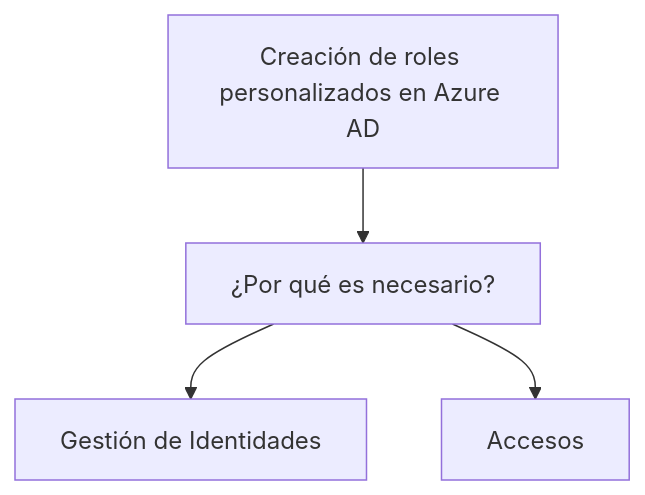
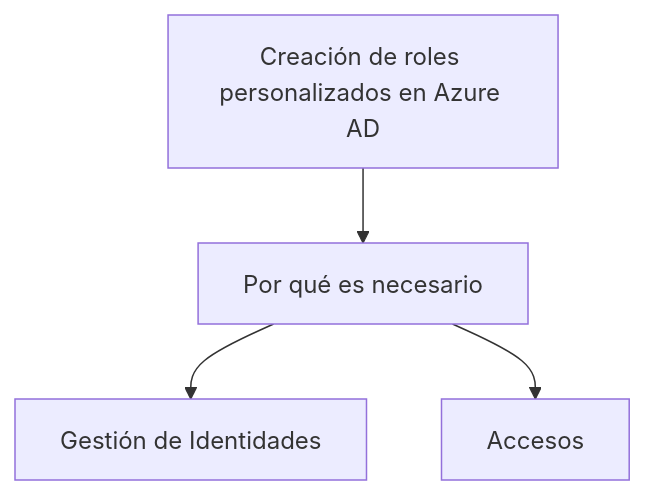
One commit to fedesantamarina/az-104 changed the fifth of 7 diagrams in Create custom role-based access control (RBAC) and Azure AD roles.md. Above: the diagram before and after it, drawn with Mermaid.

````diff
--- a/Create custom role-based access control (RBAC) and Azure AD roles.md
+++ b/Create custom role-based access control (RBAC) and Azure AD roles.md
@@ -71,6 +71,6 @@
 ```mermaid
 graph TD;
-  A[Creación de roles personalizados en Azure AD] --> B[¿Por qué es necesario?]
+  A[Creación de roles personalizados en Azure AD] --> B[Por qué es necesario]
   B --> C[Gestión de Identidades]
   B --> D[Accesos]
 ```
````
